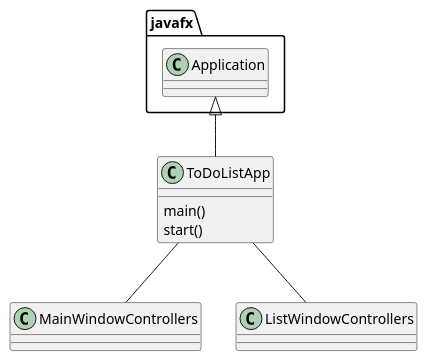
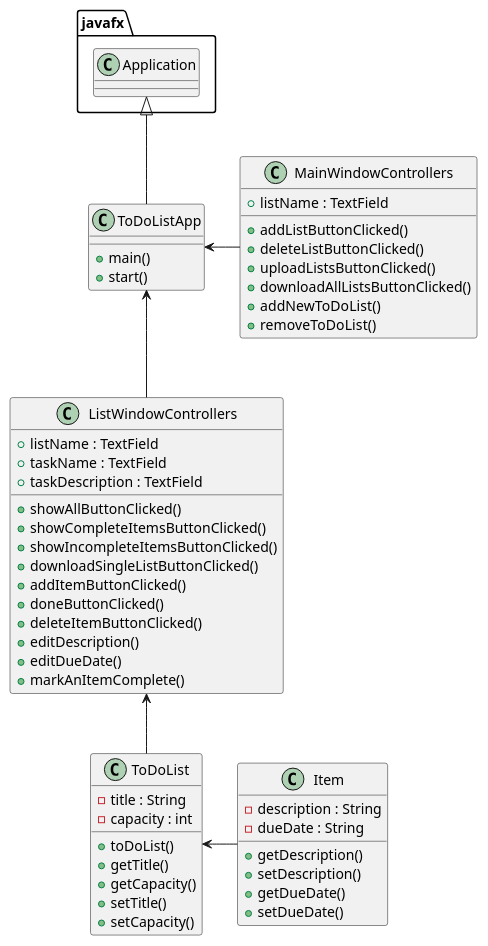
Before and after one commit to Melisac105/cabrera-cop3330-assignment4: the diagram in uml/AppDiagram.puml, drawn with PlantUML. The commit also changed 7 other files, not shown here.

Commit message:
UML done

```diff
--- a/uml/AppDiagram.puml
+++ b/uml/AppDiagram.puml
@@ -1,16 +1,65 @@
 @startuml
 'https://plantuml.com/sequence-diagram
 
 class ToDoListApp {
-    main()
-    start()
+    + main()
+    + start()
 }
 
-class MainWindowControllers {}
-class ListWindowControllers {}
+class MainWindowControllers {
+    + listName : TextField
+
+    + addListButtonClicked()
+    + deleteListButtonClicked()
+    + uploadListsButtonClicked()
+    + downloadAllListsButtonClicked()
+    + addNewToDoList()
+    + removeToDoList()
+}
+
+class ListWindowControllers {
+    + listName : TextField
+    + taskName : TextField
+    + taskDescription : TextField
+
+    + showAllButtonClicked()
+    + showCompleteItemsButtonClicked()
+    + showIncompleteItemsButtonClicked()
+    + downloadSingleListButtonClicked()
+    + addItemButtonClicked()
+    + doneButtonClicked()
+    + deleteItemButtonClicked()
+    + editDescription()
+    + editDueDate()
+    + markAnItemComplete()
+}
+
+class Item {
+    - description : String
+    - dueDate : String
+
+    + getDescription()
+    + setDescription()
+    + getDueDate()
+    + setDueDate()
+}
+
+class ToDoList {
+    - title : String
+    - capacity : int
+
+    + toDoList()
+    + getTitle()
+    + getCapacity()
+    + setTitle()
+    + setCapacity()
+}
 
 javafx.Application <|-- ToDoListApp
 
-ToDoListApp -- ListWindowControllers
-ToDoListApp -- MainWindowControllers
+ToDoListApp <-- ListWindowControllers
+ToDoListApp <- MainWindowControllers
+ToDoList <- Item
+ListWindowControllers <-- ToDoList
+
 @enduml
```
